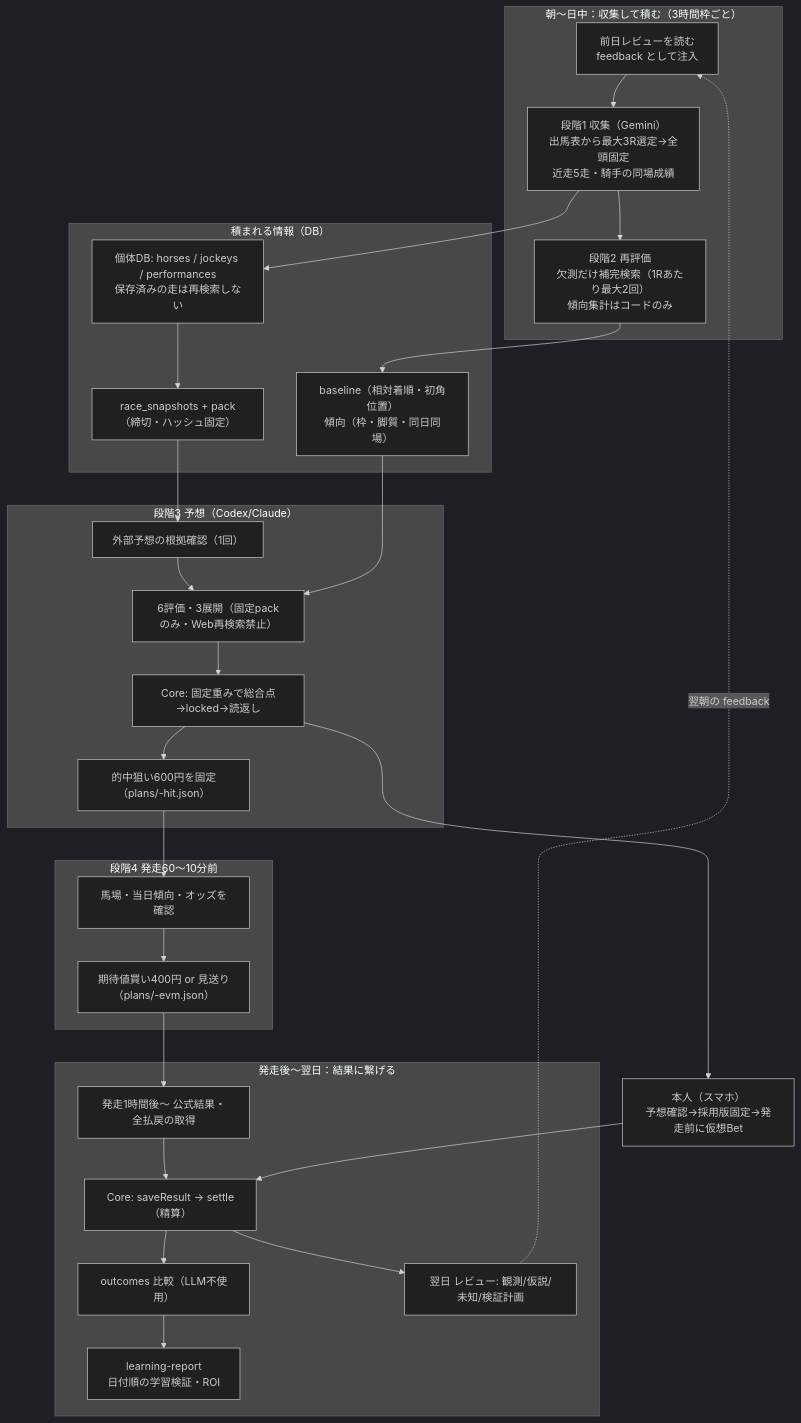
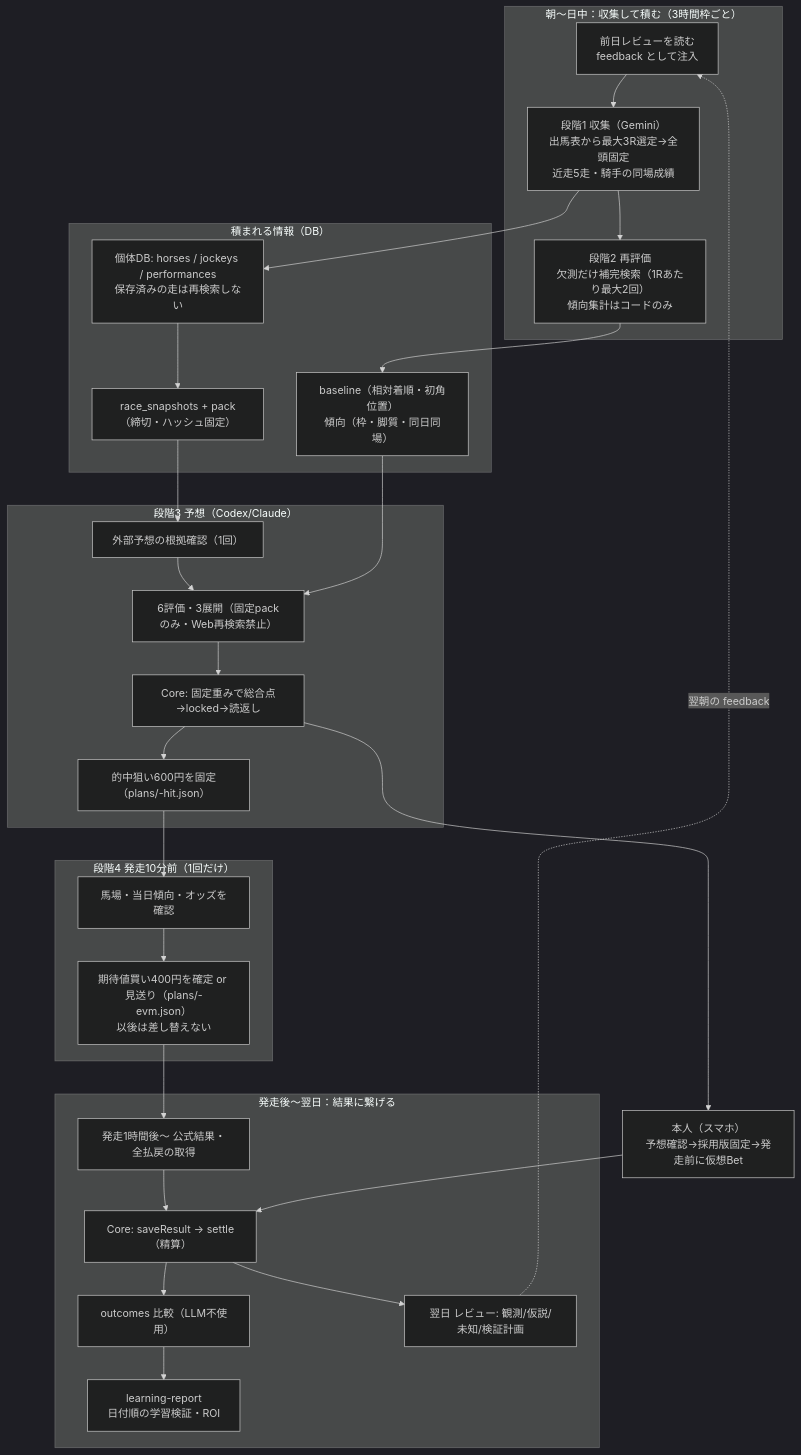
One commit to Soso2e/TurfLab changed the second of 3 diagrams in docs/daily-flow.md. Above: the diagram before and after it, drawn with Mermaid (dark theme). The commit also changed other lines of this file and 4 other files, not shown here.

````diff
--- a/docs/daily-flow.md
+++ b/docs/daily-flow.md
@@ -52,52 +52,52 @@
 ```mermaid
 flowchart TD
   subgraph MORNING["朝〜日中：収集して積む（3時間枠ごと）"]
     M0["前日レビューを読む<br/>feedback として注入"]
     S1["段階1 収集（Gemini）<br/>出馬表から最大3R選定→全頭固定<br/>近走5走・騎手の同場成績"]
     S2["段階2 再評価<br/>欠測だけ補完検索（1Rあたり最大2回）<br/>傾向集計はコードのみ"]
     M0 --> S1 --> S2
   end
 
   subgraph STACK["積まれる情報（DB）"]
     K1["個体DB: horses / jockeys / performances<br/>保存済みの走は再検索しない"]
     K2["race_snapshots + pack（締切・ハッシュ固定）"]
     K3["baseline（相対着順・初角位置）<br/>傾向（枠・脚質・同日同場）"]
   end
 
   S1 --> K1 --> K2
   S2 --> K3
 
   subgraph PRED["段階3 予想（Codex/Claude）"]
     X1["外部予想の根拠確認（1回）"]
     X2["6評価・3展開（固定packのみ・Web再検索禁止）"]
     X3["Core: 固定重みで総合点→locked→読返し"]
     X4["的中狙い600円を固定（plans/-hit.json）"]
     X1 --> X2 --> X3 --> X4
   end
 
   K2 --> X1
   K3 --> X2
 
-  subgraph PRE["段階4 発走60〜10分前"]
+  subgraph PRE["段階4 発走10分前（1回だけ）"]
     P1["馬場・当日傾向・オッズを確認"]
-    P2["期待値買い400円 or 見送り（plans/-evm.json）"]
+    P2["期待値買い400円を確定 or 見送り（plans/-evm.json）<br/>以後は差し替えない"]
     P1 --> P2
   end
 
   X4 --> P1
   X3 --> U["本人（スマホ）<br/>予想確認→採用版固定→発走前に仮想Bet"]
 
   subgraph AFTER["発走後〜翌日：結果に繋げる"]
     R1["発走1時間後〜 公式結果・全払戻の取得"]
     R2["Core: saveResult → settle（精算）"]
     R3["outcomes 比較（LLM不使用）"]
     R4["翌日 レビュー: 観測/仮説/未知/検証計画"]
     R5["learning-report<br/>日付順の学習検証・ROI"]
     R1 --> R2 --> R3 --> R5
     R2 --> R4
   end
 
   P2 --> R1
   U --> R2
   R4 -.翌朝の feedback.-> M0
 ```
````
